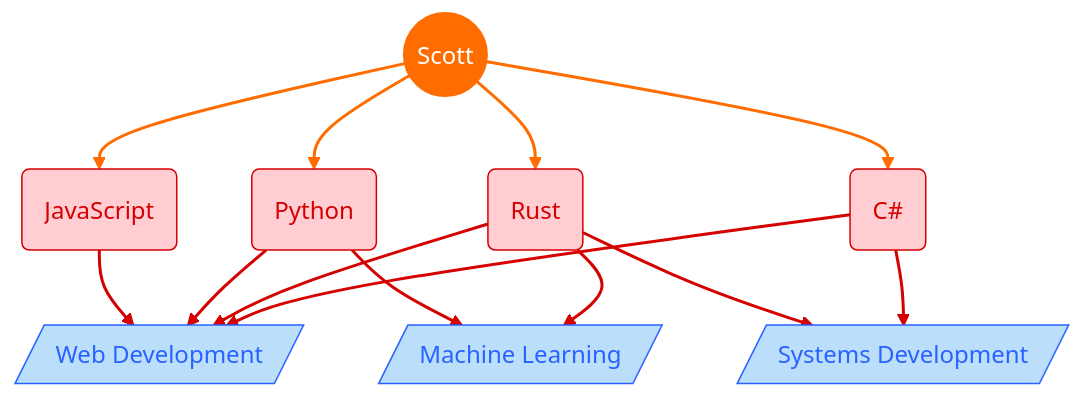
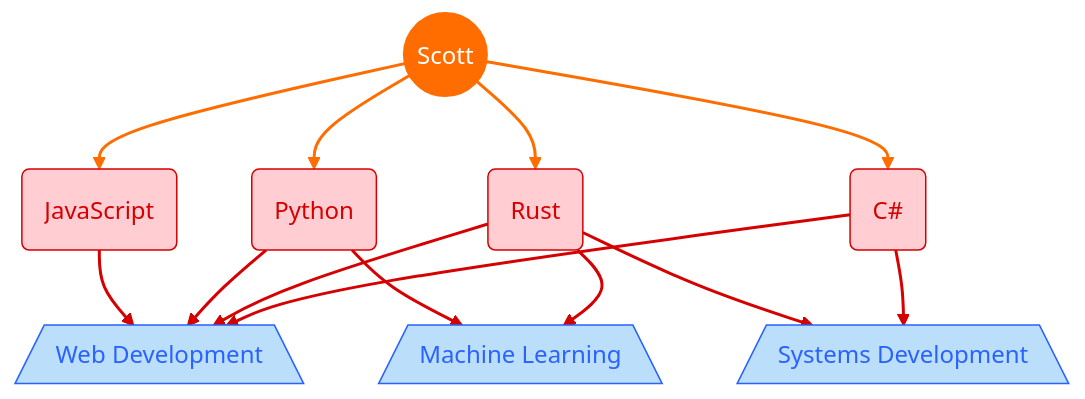
Before and after one commit to themortalcoil/themortalcoil: the diagram in README.md, drawn with Mermaid.

````diff
--- a/README.md
+++ b/README.md
@@ -14,33 +14,31 @@
 ```mermaid
 flowchart TB
-    scott(("Scott")) --> js("JavaScript") & py("Python") & cs("C#")
-    scott --> rs("Rust")
-    js --> wd[/"Web Development"/]
-    py --> wd & ml[/"Machine Learning"/]
-    rs --> ml & sy[/"Systems Development"/] & wd
+    scott(("Scott")) --> js("JavaScript") & py("Python") & cs("C#") & rs("Rust")
+    js --> wd[/"Web Development"\]
+    py --> wd & ml[/"Machine Learning"\]
+    rs --> ml & sy[/"Systems Development"\] & wd
     cs --> wd & sy
-
-    %% Define classes
-    classDef person fill:#FF6D00,stroke:#FF6D00,stroke-width:4px,stroke-dasharray:0,color:#FFFFFF;
-    classDef language stroke:#D50000,fill:#FFCDD2,color:#D50000;
-    classDef interest fill:#BBDEFB,stroke:#2962FF,color:#2962FF;
-   
-    %% Apply classes to nodes
-    class scott person;
-    class js,py,cs,rs language;
-    class wd,ml,sy interest;
-    
-    %% Apply classes to links
-    linkStyle 0 stroke:#FF6D00,stroke-width:2px;
-    linkStyle 1 stroke:#FF6D00,stroke-width:2px;
-    linkStyle 2 stroke:#FF6D00,stroke-width:2px;
-    linkStyle 3 stroke:#FF6D00,stroke-width:2px;
-    linkStyle 4 stroke:#D50000,stroke-width:2px;
-    linkStyle 5 stroke:#D50000,stroke-width:2px; 
-    linkStyle 6 stroke:#D50000,stroke-width:2px;
-    linkStyle 7 stroke:#D50000,stroke-width:2px;
-    linkStyle 8 stroke:#D50000,stroke-width:2px;
-    linkStyle 9 stroke:#D50000,stroke-width:2px;
-    linkStyle 10 stroke:#D50000,stroke-width:2px;
-    linkStyle 11 stroke:#D50000,stroke-width:2px;
+     scott:::person
+     js:::language
+     py:::language
+     cs:::language
+     rs:::language
+     wd:::interest
+     ml:::interest
+     sy:::interest
+    classDef person fill:#FF6D00,stroke:#FF6D00,stroke-width:4px,stroke-dasharray:0,color:#FFFFFF
+    classDef language stroke:#D50000,fill:#FFCDD2,color:#D50000
+    classDef interest fill:#BBDEFB,stroke:#2962FF,color:#2962FF
+    linkStyle 0 stroke:#FF6D00,stroke-width:2px,fill:none
+    linkStyle 1 stroke:#FF6D00,stroke-width:2px,fill:none
+    linkStyle 2 stroke:#FF6D00,stroke-width:2px,fill:none
+    linkStyle 3 stroke:#FF6D00,stroke-width:2px,fill:none
+    linkStyle 4 stroke:#D50000,stroke-width:2px,fill:none
+    linkStyle 5 stroke:#D50000,stroke-width:2px,fill:none
+    linkStyle 6 stroke:#D50000,stroke-width:2px,fill:none
+    linkStyle 7 stroke:#D50000,stroke-width:2px,fill:none
+    linkStyle 8 stroke:#D50000,stroke-width:2px,fill:none
+    linkStyle 9 stroke:#D50000,stroke-width:2px,fill:none
+    linkStyle 10 stroke:#D50000,stroke-width:2px,fill:none
+    linkStyle 11 stroke:#D50000,stroke-width:2px,fill:none
 ```
````
